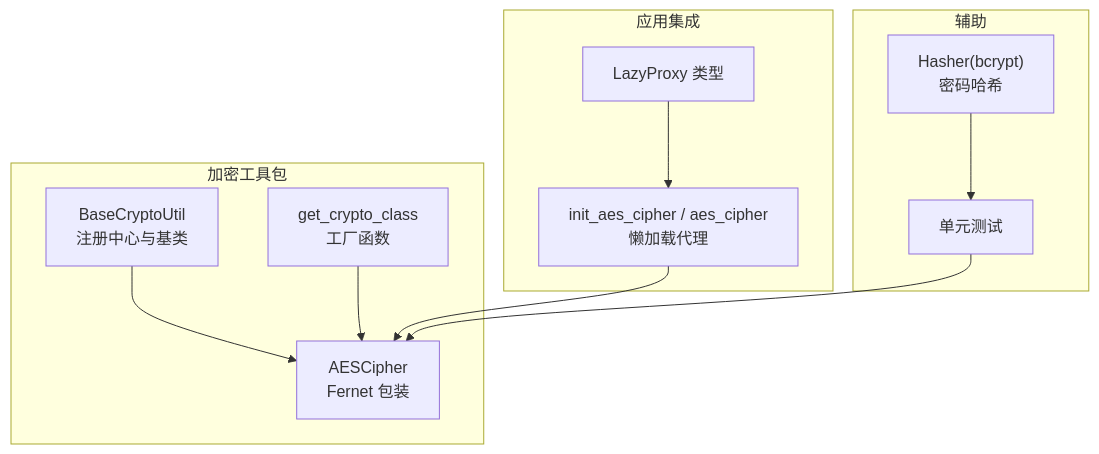
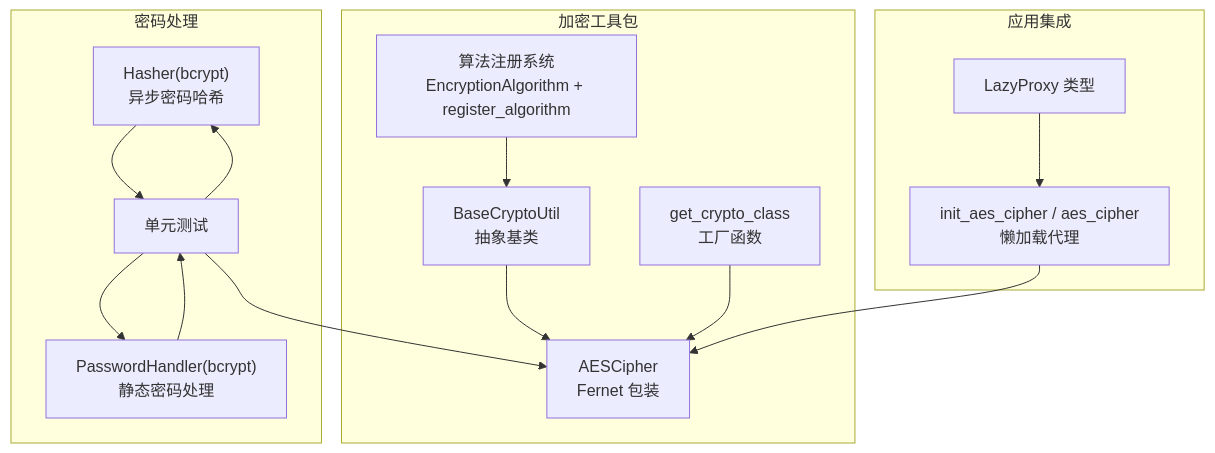
The first of 8 diagrams in .qoder/repowiki/zh/content/基础设施工具/加密工具.md (lilinzezzzzzz/fastapi-backend), drawn with Mermaid before and after one commit. The commit also changed other lines of this file and 38 other files, not shown here.

````diff
--- a/.qoder/repowiki/zh/content/基础设施工具/加密工具.md
+++ b/.qoder/repowiki/zh/content/基础设施工具/加密工具.md
@@ -42,22 +52,28 @@
 ```mermaid
 graph TB
 subgraph "加密工具包"
-Base["BaseCryptoUtil<br/>注册中心与基类"]
+Registry["算法注册系统<br/>EncryptionAlgorithm + register_algorithm"]
+Base["BaseCryptoUtil<br/>抽象基类"]
 AES["AESCipher<br/>Fernet 包装"]
 Factory["get_crypto_class<br/>工厂函数"]
 end
 subgraph "应用集成"
 CoreCrypto["init_aes_cipher / aes_cipher<br/>懒加载代理"]
 Types["LazyProxy 类型"]
 end
-subgraph "辅助"
-Hasher["Hasher(bcrypt)<br/>密码哈希"]
+subgraph "密码处理"
+Hasher["Hasher(bcrypt)<br/>异步密码哈希"]
+PasswordHandler["PasswordHandler(bcrypt)<br/>静态密码处理"]
 Tests["单元测试"]
 end
+Registry --> Base
 Base --> AES
 Factory --> AES
 CoreCrypto --> AES
 Types --> CoreCrypto
 Hasher --> Tests
+PasswordHandler --> Tests
 Tests --> AES
+Tests --> Hasher
+Tests --> PasswordHandler
 ```
````
